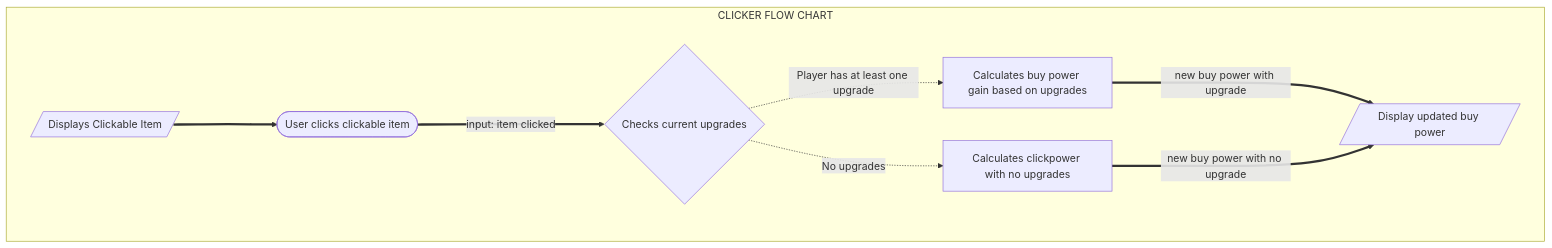
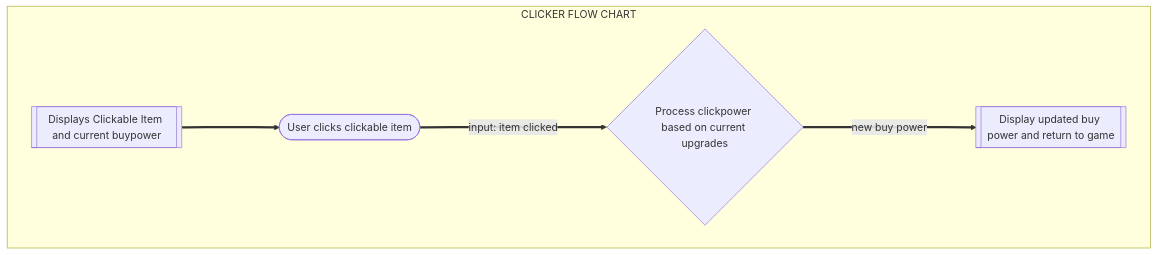
The first of 2 diagrams in flows.md (kaesotiric/money_clicker_game), drawn with Mermaid before and after one commit. The commit also changed other lines of this file and 11 other files, not shown here.

Commit message:
FIXED PHASE 1 FLOWCHART

````diff
--- a/flows.md
+++ b/flows.md
@@ -9,19 +9,19 @@
 ```mermaid
 flowchart TD
     subgraph CLICKER FLOW CHART
-        display[/Displays Clickable Item/]
+        display[[Displays Clickable Item and current buypower]]
         clickItem([User clicks clickable item])
-        calculate[Calculates buy power gain based on upgrades]
-        updatedBP[/Display updated buy power/]
-        display-result{Checks current upgrades}
-        noUpgrade[Calculates clickpower with no upgrades]
+%%        calculate[Calculates buy power gain based on upgrades]
+        updatedBP[[Display updated buy power and return to game]]
+        display-result{Process clickpower based on current upgrades}
+%%        noUpgrade[Calculates clickpower with no upgrades]
         display===> clickItem
         clickItem ==input: item clicked===> display-result
-        display-result -.Player has at least one upgrade.-> calculate
-        display-result -.No upgrades.-> noUpgrade
-        calculate==new buy power with upgrade===>updatedBP
-        noUpgrade==new buy power with no upgrade ===>updatedBP
+%%        display-result -.Player has at least one upgrade.-> calculate
+%%        display-result -.No upgrades.-> noUpgrade
+        display-result==new buy power===>updatedBP
+%%        noUpgrade==new buy power with no upgrade ===>updatedBP
         
         end
 
 ```
````
